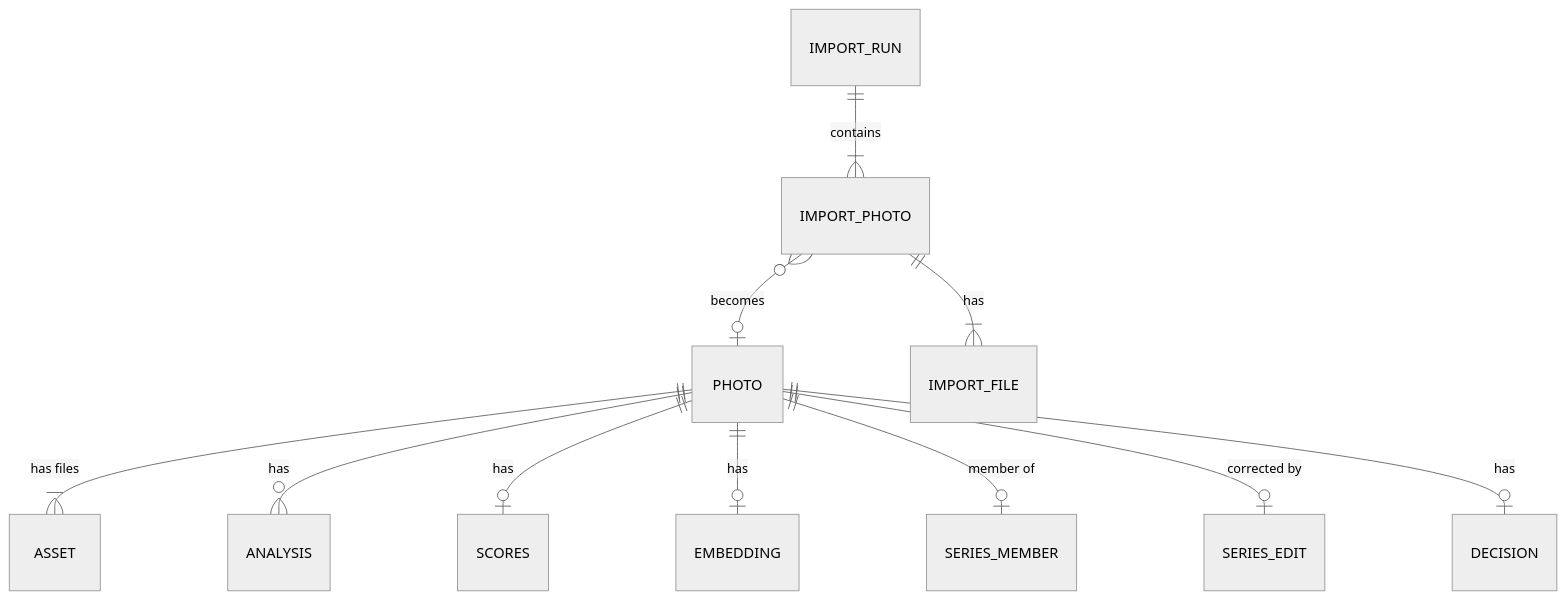
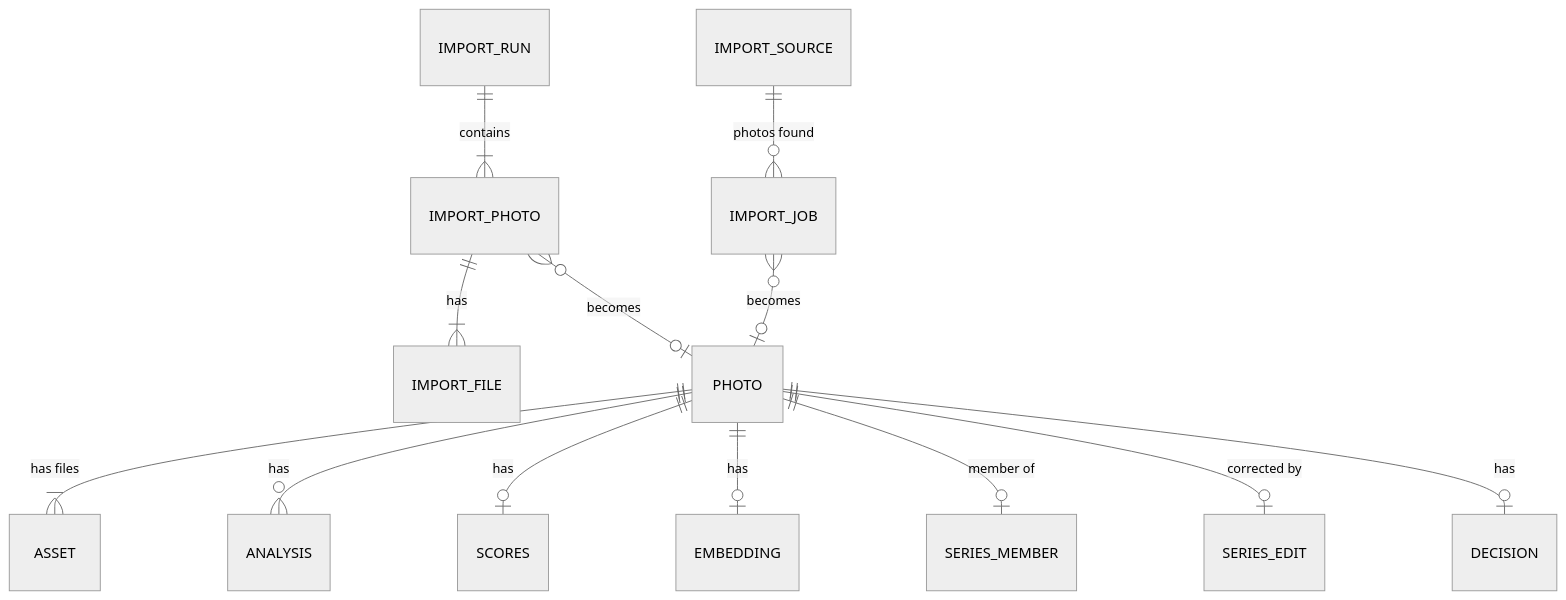
Before and after one commit to denyszorinets/picturesque: the first of 2 diagrams in docs/architecture/data.rst, drawn with Mermaid (neutral theme). The commit also changed other lines of this file and 51 other files, not shown here.

```diff
--- a/docs/architecture/data.rst
+++ b/docs/architecture/data.rst
@@ -34,13 +34,15 @@
 .. mermaid::
 
    erDiagram
      PHOTO ||--|{ ASSET : "has files"
      PHOTO ||--o{ ANALYSIS : has
      PHOTO ||--o| SCORES : has
      PHOTO ||--o| EMBEDDING : has
      PHOTO ||--o| SERIES_MEMBER : "member of"
      PHOTO ||--o| SERIES_EDIT : "corrected by"
      PHOTO ||--o| DECISION : has
      IMPORT_RUN ||--|{ IMPORT_PHOTO : contains
      IMPORT_PHOTO ||--|{ IMPORT_FILE : has
      IMPORT_PHOTO }o--o| PHOTO : "becomes"
+     IMPORT_SOURCE ||--o{ IMPORT_JOB : "photos found"
+     IMPORT_JOB }o--o| PHOTO : "becomes"
```
